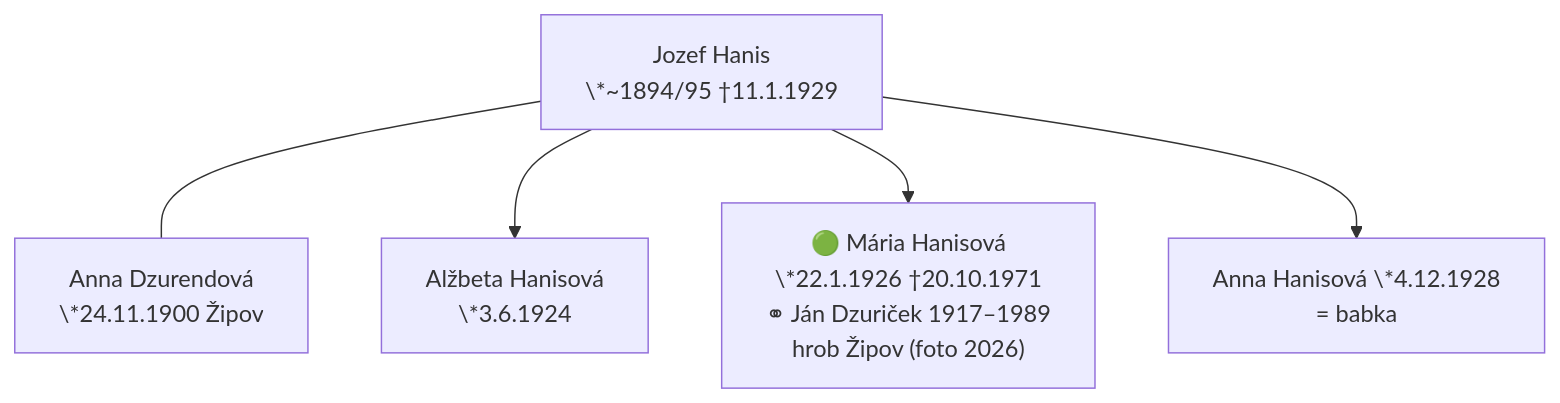
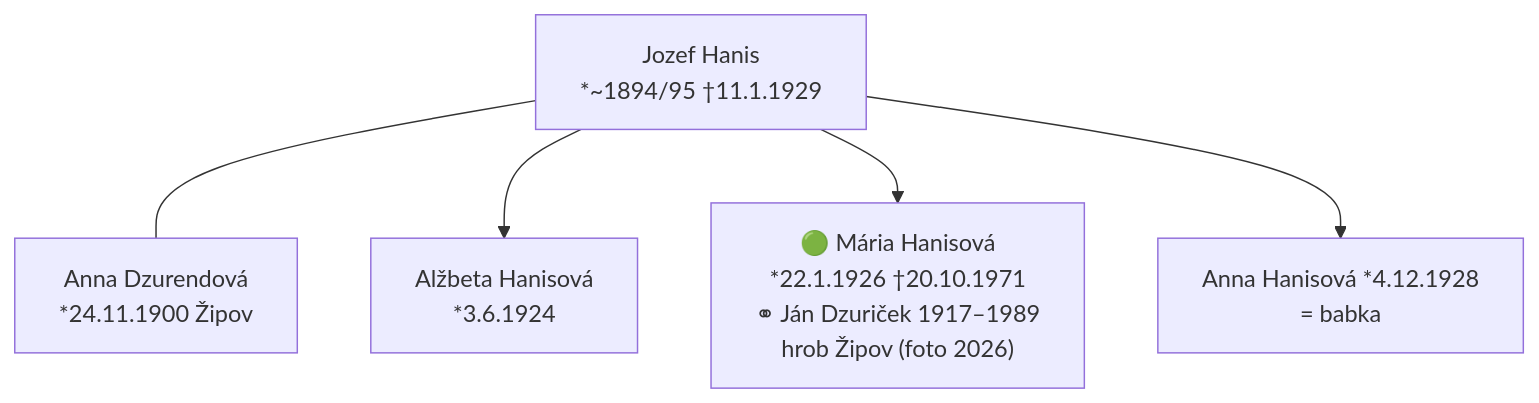
One commit to vrusi/genealogia changed the sixth of 6 diagrams in docs/rodokmen.md. Above: the diagram before and after it, drawn with Mermaid. The commit also changed other lines of this file, not shown here.

Commit message:
Web: mermaid stromy bez backslashov pred hviezdickami, Rudolf *1910

````diff
--- a/docs/rodokmen.md
+++ b/docs/rodokmen.md
@@ -179,7 +179,7 @@
 ```mermaid
 graph TD
-  HanO["Jozef Hanis<br>\*~1894/95 †11.1.1929"] --- HanA["Anna Dzurendová<br>\*24.11.1900 Žipov"]
-  HanO --> A24["Alžbeta Hanisová<br>\*3.6.1924"]
-  HanO --> M26["🟢 Mária Hanisová<br>\*22.1.1926 †20.10.1971<br>⚭ Ján Dzuriček 1917–1989<br>hrob Žipov (foto 2026)"]
-  HanO --> A28["Anna Hanisová \*4.12.1928<br>= babka"]
+  HanO["Jozef Hanis<br>*~1894/95 †11.1.1929"] --- HanA["Anna Dzurendová<br>*24.11.1900 Žipov"]
+  HanO --> A24["Alžbeta Hanisová<br>*3.6.1924"]
+  HanO --> M26["🟢 Mária Hanisová<br>*22.1.1926 †20.10.1971<br>⚭ Ján Dzuriček 1917–1989<br>hrob Žipov (foto 2026)"]
+  HanO --> A28["Anna Hanisová *4.12.1928<br>= babka"]
 ```
````
